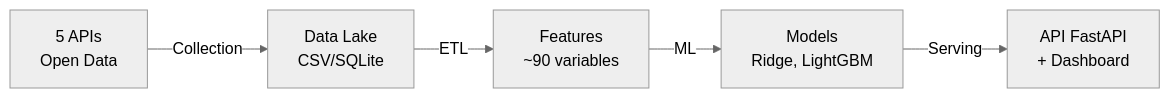
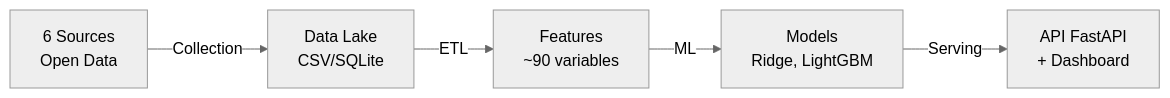
The diagram in README.md (PDUCLOS/Projet-HVAC), drawn with Mermaid (neutral theme) before and after one commit. The commit also changed other lines of this file and 1 other file, not shown here.

````diff
--- a/README.md
+++ b/README.md
@@ -32,7 +32,7 @@
 ```mermaid
 graph LR
-    A[5 APIs<br/>Open Data] -->|Collection| B[Data Lake<br/>CSV/SQLite]
+    A[6 Sources<br/>Open Data] -->|Collection| B[Data Lake<br/>CSV/SQLite]
     B -->|ETL| C[Features<br/>~90 variables]
     C -->|ML| D[Models<br/>Ridge, LightGBM]
     D -->|Serving| E[API FastAPI<br/>+ Dashboard]
 ```
````
